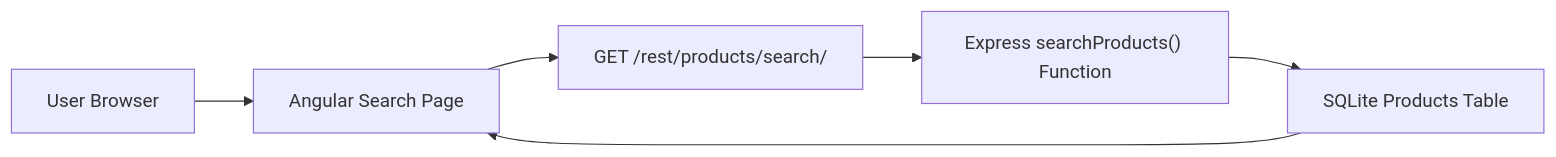
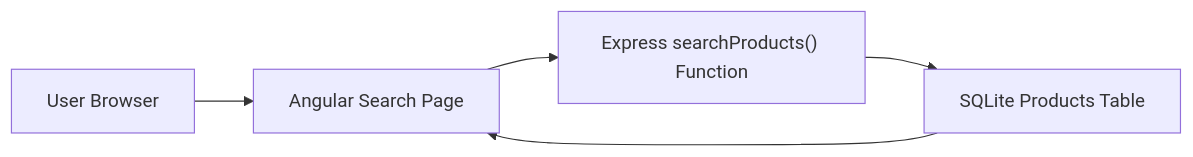
The fourth of 6 diagrams in Cybersecurity-Portfolio/Threat Modeling - OWASP Juice Shop/README.md (JosephJ12/CTF-Walkthroughs), drawn with Mermaid before and after one commit. The commit also changed other lines of this file, not shown here.

````diff
--- a/Cybersecurity-Portfolio/Threat Modeling - OWASP Juice Shop/README.md
+++ b/Cybersecurity-Portfolio/Threat Modeling - OWASP Juice Shop/README.md
@@ -171,14 +171,12 @@
 ```mermaid
 flowchart LR
     U[User Browser]
     FE[Angular Search Page]
-    API[GET /rest/products/search/]
     BE["Express searchProducts() Function"]
     DB[SQLite Products Table]
 
     U --> FE
-    FE --> API
-    API --> BE
+    FE --> BE
     BE --> DB
     DB --> FE
 ```
````
